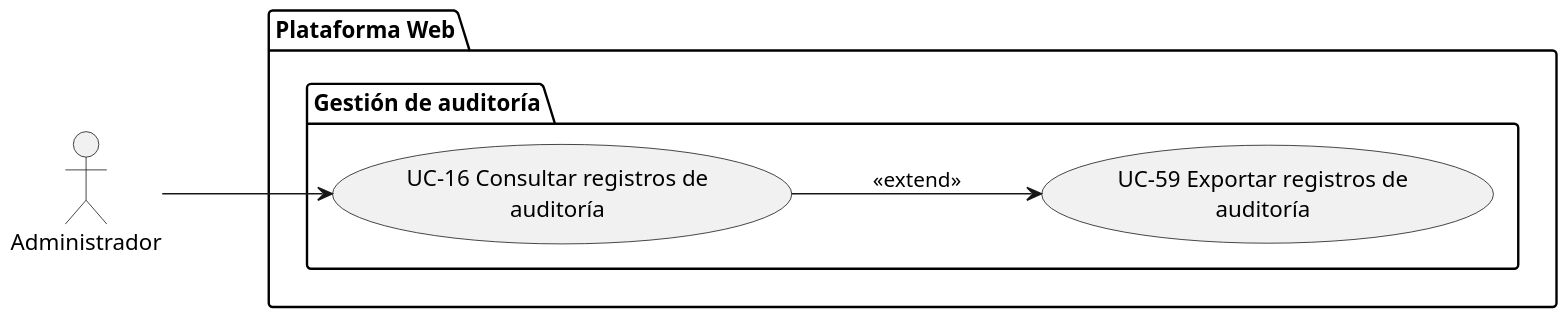
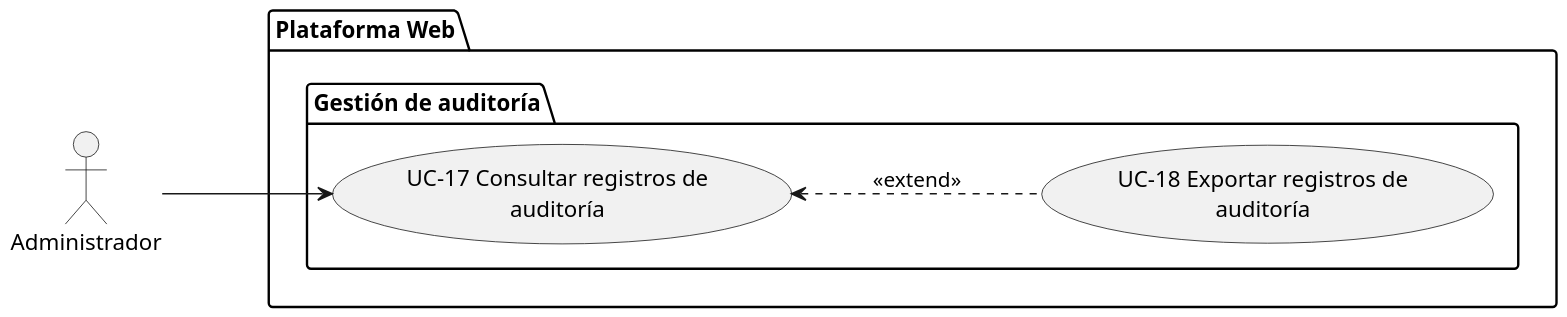
One commit to francoalbornoz2002/ASC-ProyectoAlgoritmia-TrabajoFinal changed the diagram in docs/requisitos/casos-de-uso/diagrama-casos-de-uso/subsistema-gestion-auditoria.puml. Above: the diagram before and after it, drawn with PlantUML. The commit also changed 8 other files, not shown here.

Commit message:
Rediseñando diagrama de casos de uso y sus respectivos subsistemas.

```diff
--- a/docs/requisitos/casos-de-uso/diagrama-casos-de-uso/subsistema-gestion-auditoria.puml
+++ b/docs/requisitos/casos-de-uso/diagrama-casos-de-uso/subsistema-gestion-auditoria.puml
@@ -1,25 +1,25 @@
 @startuml SUBSISTEMA_GestionAuditoria
 left to right direction
 
 skinparam dpi 150
 skinparam usecasePadding 25
 skinparam actorPadding 80
 skinparam packagePadding 50
 skinparam wrapWidth 200
 
 skinparam nodesep 20
 skinparam ranksep 100
 
 actor Administrador
 
 package "Plataforma Web"{
     package "Gestión de auditoría"{
-        usecase "UC-16 Consultar registros de auditoría" as UC16
-        usecase "UC-59 Exportar registros de auditoría" as UC59
+        usecase "UC-17 Consultar registros de auditoría" as UC17
+        usecase "UC-18 Exportar registros de auditoría" as UC18
     }
 }
 
-Administrador --> UC16
-UC16 --> UC59 : <<extend>>
+Administrador --> UC17
+UC17 <.. UC18 : <<extend>>
 
 @enduml
```
